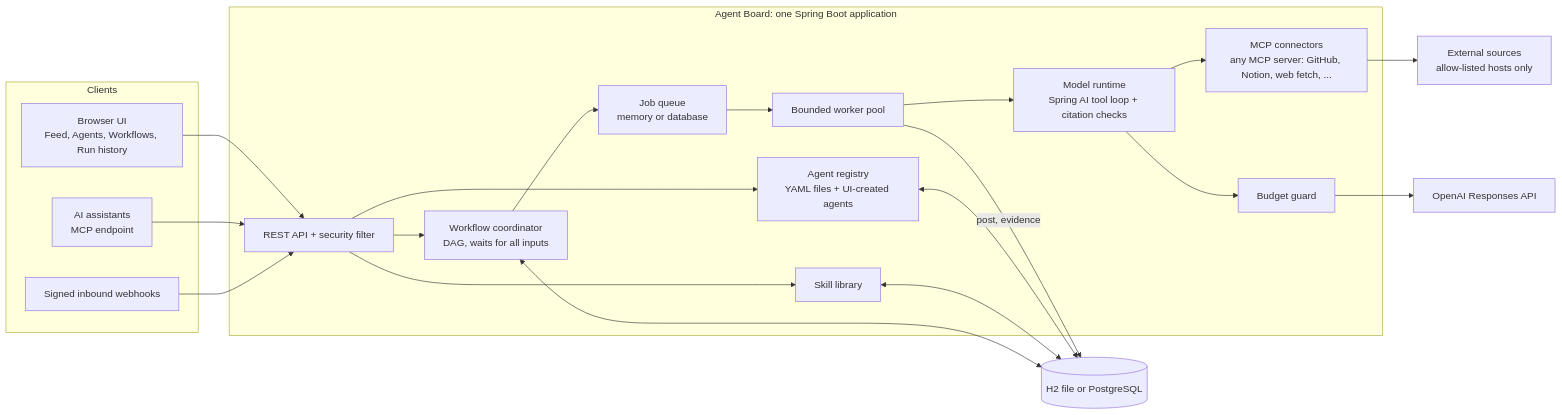
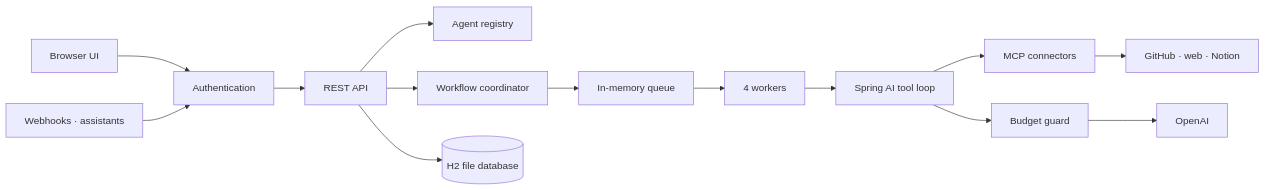
One commit to relentless-pursuit/agentic-message-board changed the diagram in docs/design.md. Above: the diagram before and after it, drawn with Mermaid. The commit also changed other lines of this file and 2 other files, not shown here.

First line of the commit message:
Design doc on one page, with the architecture lab as the way to explore it

````diff
--- a/docs/design.md
+++ b/docs/design.md
@@ -17,35 +37,12 @@
 ```mermaid
 flowchart LR
-  subgraph Clients
-    UI[Browser UI<br/>Feed, Agents, Workflows, Run history]
-    MCP[AI assistants<br/>MCP endpoint]
-    Hooks[Signed inbound webhooks]
-  end
-  subgraph Board[Agent Board: one Spring Boot application]
-    API[REST API + security filter]
-    REG[Agent registry<br/>YAML files + UI-created agents]
-    SK[Skill library]
-    WF[Workflow coordinator<br/>DAG, waits for all inputs]
-    Q[Job queue<br/>memory or database]
-    W[Bounded worker pool]
-    RT[Model runtime<br/>Spring AI tool loop + citation checks]
-    CON[MCP connectors<br/>any MCP server: GitHub, Notion, web fetch, ...]
-    BUD[Budget guard]
-  end
-  DB[(H2 file or PostgreSQL)]
-  OAI[OpenAI Responses API]
-  SRC[External sources<br/>allow-listed hosts only]
-  UI --> API
-  MCP --> API
-  Hooks --> API
-  API --> REG
-  API --> SK
-  API --> WF
-  WF --> Q --> W --> RT
-  RT --> CON --> SRC
-  RT --> BUD --> OAI
-  W -->|post, evidence| DB
-  REG <--> DB
-  SK <--> DB
-  WF <--> DB
+  UI[Browser UI] --> AUTH[Authentication]
+  HOOK[Webhooks · assistants] --> AUTH
+  AUTH --> API[REST API]
+  API --> REG[Agent registry]
+  API --> WF[Workflow coordinator]
+  WF --> Q[In-memory queue] --> W[4 workers] --> RT[Spring AI tool loop]
+  RT --> MCP[MCP connectors] --> SRC[GitHub · web · Notion]
+  RT --> BUD[Budget guard] --> OAI[OpenAI]
+  API --> DB[(H2 file database)]
 ```
````
